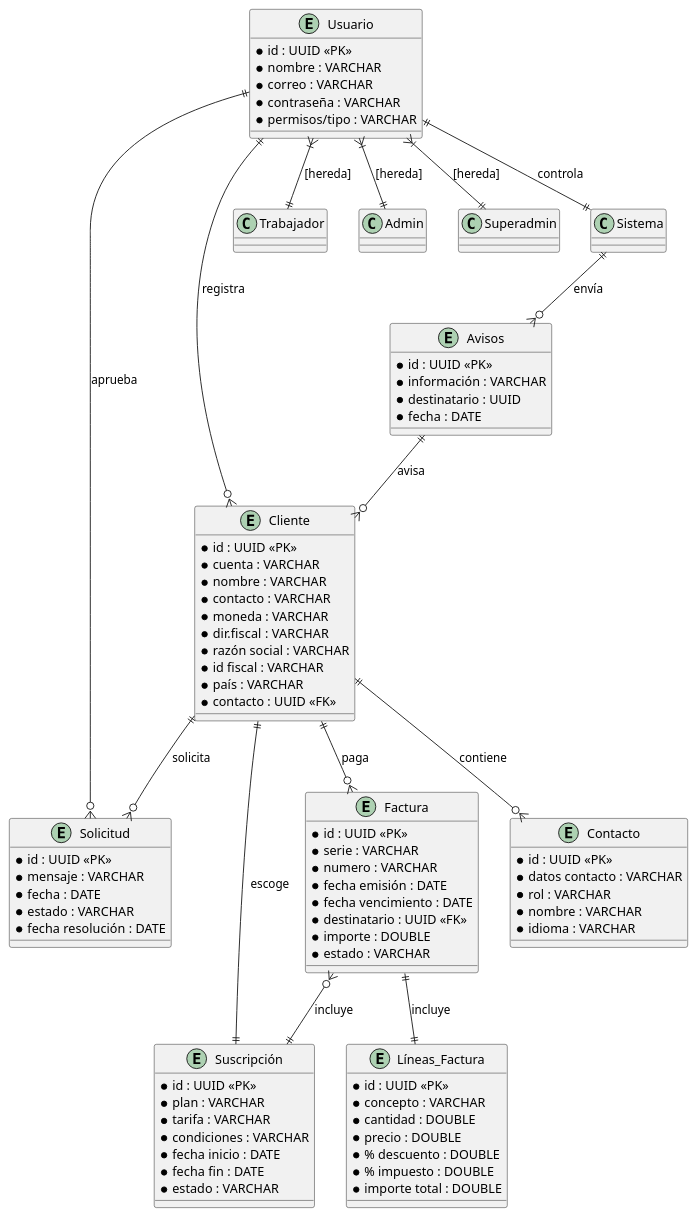
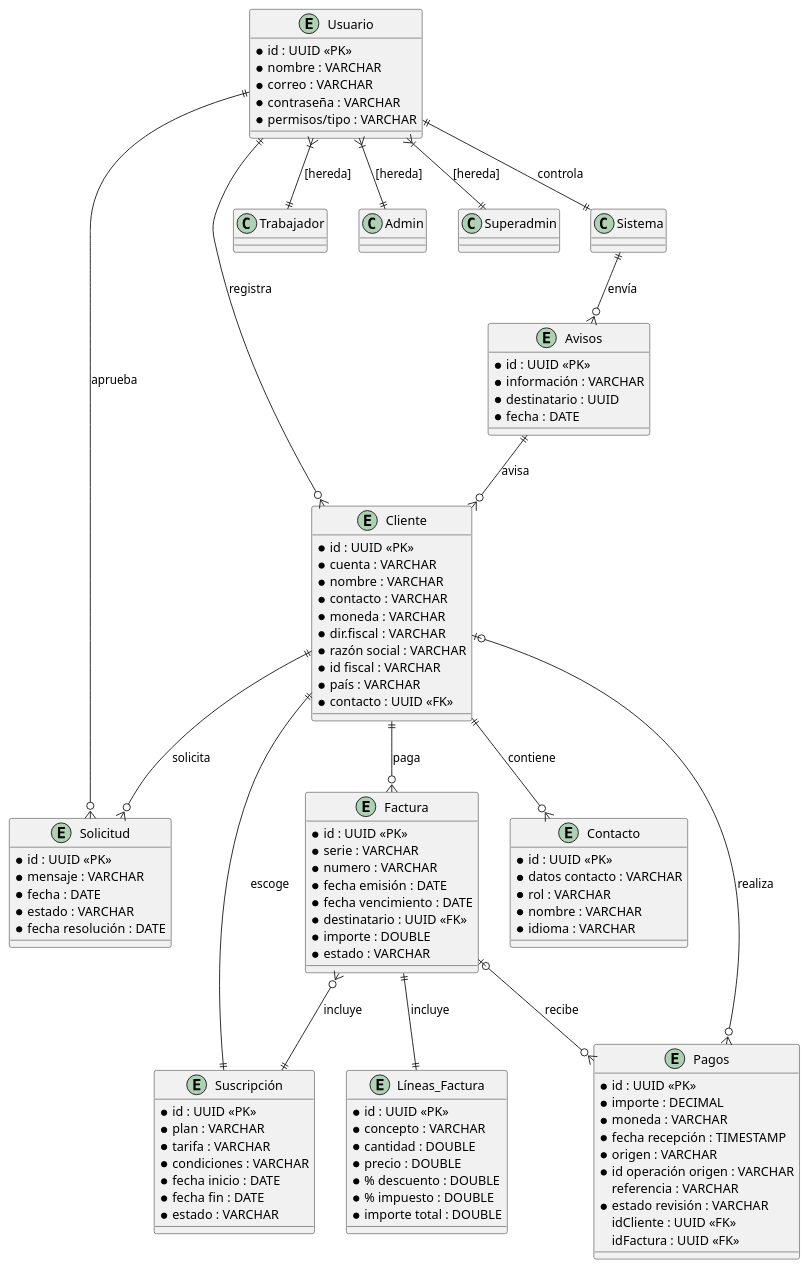
One commit to Ragavez/TurbineHuclides changed the diagram in Parcial 2/DiagramaEntidadRelación/CódigoEntidadRelacionPlantUML.md. Above: the diagram before and after it, drawn with PlantUML.

```diff
--- a/Parcial 2/DiagramaEntidadRelación/CódigoEntidadRelacionPlantUML.md
+++ b/Parcial 2/DiagramaEntidadRelación/CódigoEntidadRelacionPlantUML.md
@@ -75,6 +75,19 @@
 *idioma : VARCHAR
 }
 
+entity Pagos{
+*id : UUID <<PK>>
+*importe : DECIMAL
+*moneda : VARCHAR
+*fecha recepción : TIMESTAMP
+*origen : VARCHAR
+*id operación origen : VARCHAR
+referencia : VARCHAR
+*estado revisión : VARCHAR
+idCliente : UUID <<FK>>
+idFactura : UUID <<FK>>
+}
+
 Usuario ||--o{ Solicitud : aprueba
 Usuario ||--o{ Cliente : registra
 Usuario }|--|| Trabajador : [hereda]
@@ -90,4 +103,7 @@
 Factura ||--|| Líneas_Factura : incluye
 Avisos ||--o{ Cliente : avisa
 
+Cliente |o--o{ Pagos : realiza
+Factura |o--o{ Pagos : recibe
+
 @enduml
```
